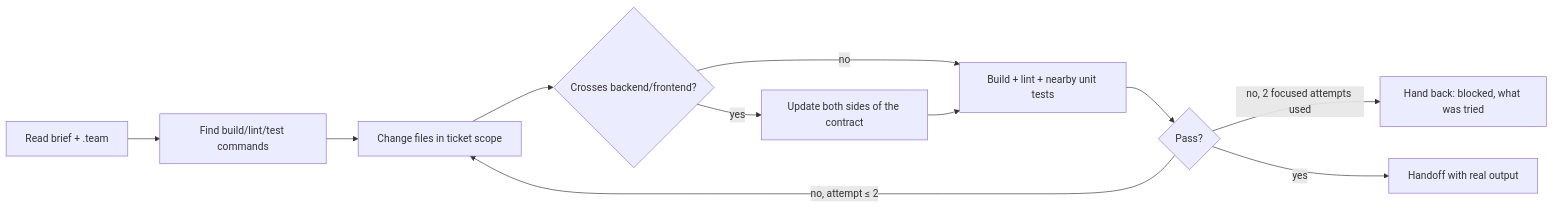
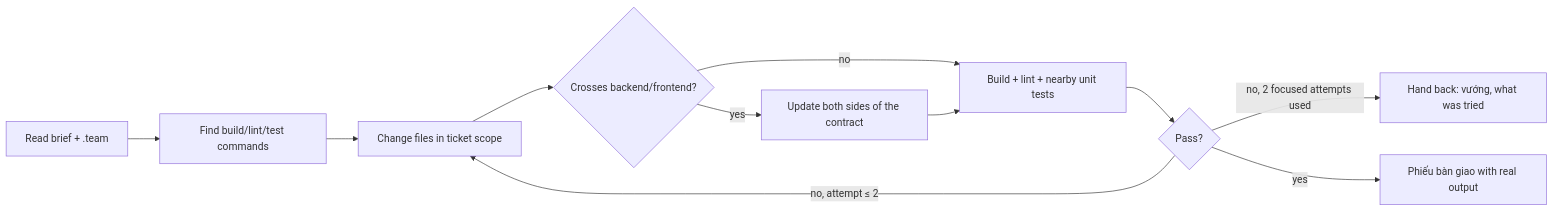
The diagram in agents/developer.md (Tuan-Quyen/technical-teams), drawn with Mermaid before and after one commit. The commit also changed other lines of this file and 46 other files, not shown here.

````diff
--- a/agents/developer.md
+++ b/agents/developer.md
@@ -22,13 +23,13 @@
 ```mermaid
 flowchart LR
   A[Read brief + .team] --> B[Find build/lint/test commands]
   B --> C[Change files in ticket scope]
   C --> D{Crosses backend/frontend?}
   D -- yes --> E[Update both sides of the contract]
   D -- no --> F
   E --> F[Build + lint + nearby unit tests]
   F --> G{Pass?}
   G -- no, attempt ≤ 2 --> C
-  G -- no, 2 focused attempts used --> H[Hand back: blocked, what was tried]
-  G -- yes --> I[Handoff with real output]
+  G -- no, 2 focused attempts used --> H[Hand back: vướng, what was tried]
+  G -- yes --> I[Phiếu bàn giao with real output]
 ```
````
